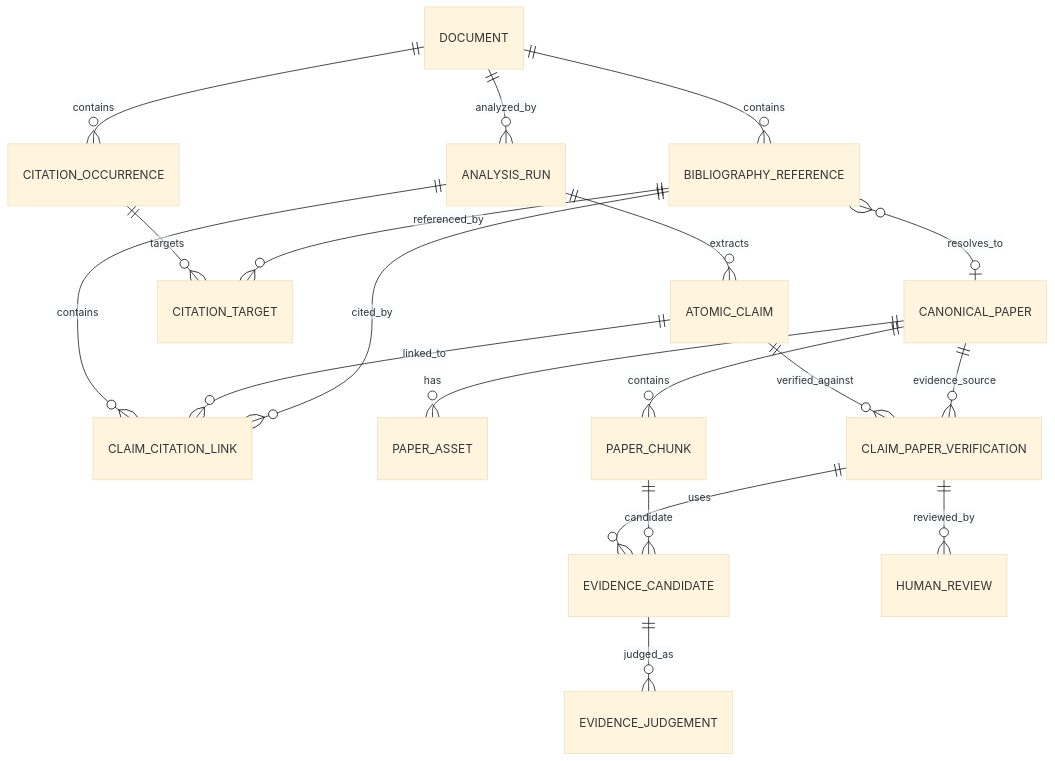
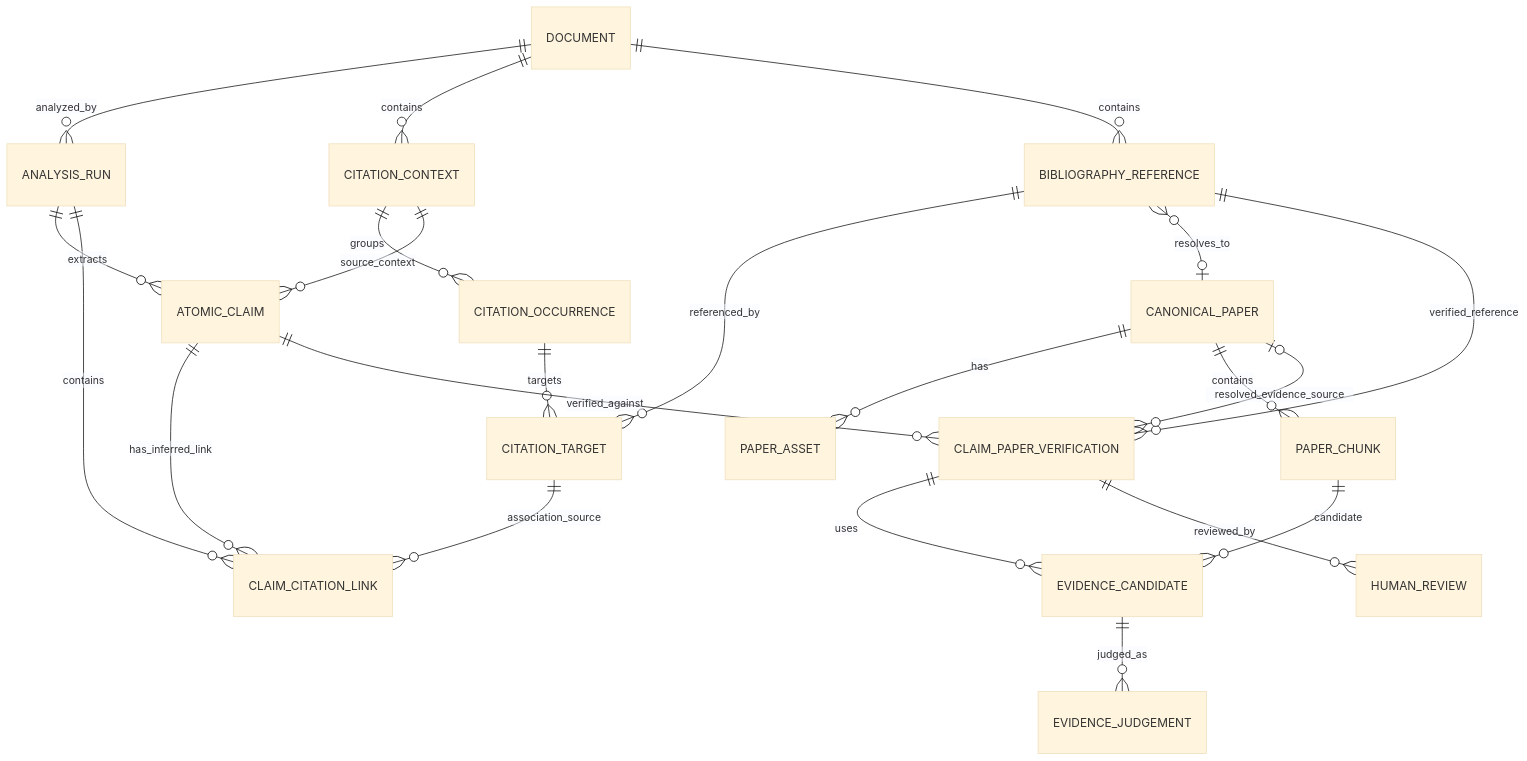
One commit to arrokh/paper-t-rail changed the seventh of 8 diagrams in paper-t-rail-tech-design.md. Above: the diagram before and after it, drawn with Mermaid (base theme). The commit also changed other lines of this file and 8 other files, not shown here.

````diff
--- a/paper-t-rail-tech-design.md
+++ b/paper-t-rail-tech-design.md
@@ -1854,30 +1898,33 @@
 ```mermaid
 erDiagram
     DOCUMENT ||--o{ ANALYSIS_RUN : analyzed_by
-    DOCUMENT ||--o{ CITATION_OCCURRENCE : contains
+    DOCUMENT ||--o{ CITATION_CONTEXT : contains
+    CITATION_CONTEXT ||--o{ CITATION_OCCURRENCE : groups
     DOCUMENT ||--o{ BIBLIOGRAPHY_REFERENCE : contains
 
     ANALYSIS_RUN ||--o{ ATOMIC_CLAIM : extracts
+    CITATION_CONTEXT ||--o{ ATOMIC_CLAIM : source_context
     ANALYSIS_RUN ||--o{ CLAIM_CITATION_LINK : contains
 
     CITATION_OCCURRENCE ||--o{ CITATION_TARGET : targets
     BIBLIOGRAPHY_REFERENCE ||--o{ CITATION_TARGET : referenced_by
 
     BIBLIOGRAPHY_REFERENCE }o--o| CANONICAL_PAPER : resolves_to
 
-    ATOMIC_CLAIM ||--o{ CLAIM_CITATION_LINK : linked_to
-    BIBLIOGRAPHY_REFERENCE ||--o{ CLAIM_CITATION_LINK : cited_by
+    ATOMIC_CLAIM ||--o{ CLAIM_CITATION_LINK : has_inferred_link
+    CITATION_TARGET ||--o{ CLAIM_CITATION_LINK : association_source
 
     CANONICAL_PAPER ||--o{ PAPER_ASSET : has
     CANONICAL_PAPER ||--o{ PAPER_CHUNK : contains
 
     ATOMIC_CLAIM ||--o{ CLAIM_PAPER_VERIFICATION : verified_against
-    CANONICAL_PAPER ||--o{ CLAIM_PAPER_VERIFICATION : evidence_source
+    BIBLIOGRAPHY_REFERENCE ||--o{ CLAIM_PAPER_VERIFICATION : verified_reference
+    CANONICAL_PAPER o|--o{ CLAIM_PAPER_VERIFICATION : resolved_evidence_source
 
     CLAIM_PAPER_VERIFICATION ||--o{ EVIDENCE_CANDIDATE : uses
     PAPER_CHUNK ||--o{ EVIDENCE_CANDIDATE : candidate
 
     EVIDENCE_CANDIDATE ||--o{ EVIDENCE_JUDGEMENT : judged_as
 
     CLAIM_PAPER_VERIFICATION ||--o{ HUMAN_REVIEW : reviewed_by
 ```
````
